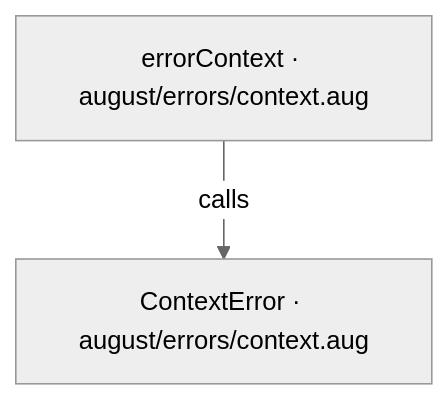
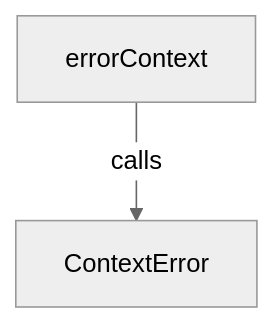
One commit to GreenPandaStudios/augscript changed the first of 2 diagrams in src/stdlib/errors/context.aug.diagrams.md. Above: the diagram before and after it, drawn with Mermaid (neutral theme). The commit also changed other lines of this file and 524 other files, not shown here.

Commit message:
Explain checked data flow at folder and service levels

````diff
--- a/src/stdlib/errors/context.aug.diagrams.md
+++ b/src/stdlib/errors/context.aug.diagrams.md
@@ -9,6 +11,6 @@
 ```mermaid
 flowchart TD
-    n0["ContextError · august/errors/context.aug"]
-    n1["errorContext · august/errors/context.aug"]
+    n0["ContextError"]
+    n1["errorContext"]
     n1 -->|"calls"| n0
 ```
````
